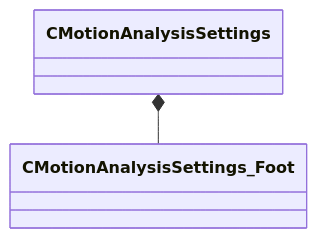
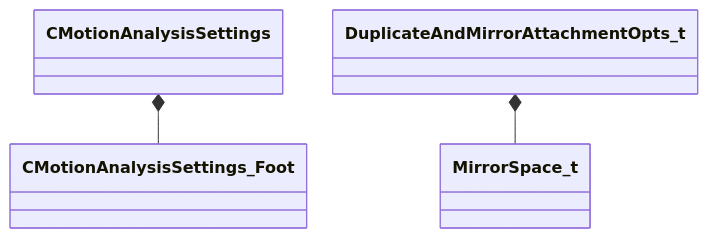
Before and after one commit to CS2OpenDev/CS2OpenDev-Docs: the diagram in docs/generated/diagrams/modeldoc_editor.md, drawn with Mermaid. The commit also changed 2956 other files, not shown here.

````diff
--- a/docs/generated/diagrams/modeldoc_editor.md
+++ b/docs/generated/diagrams/modeldoc_editor.md
@@ -14,4 +14,5 @@
 ```mermaid
 classDiagram
     CMotionAnalysisSettings *-- CMotionAnalysisSettings_Foot
+    DuplicateAndMirrorAttachmentOpts_t *-- MirrorSpace_t
 ```
````
